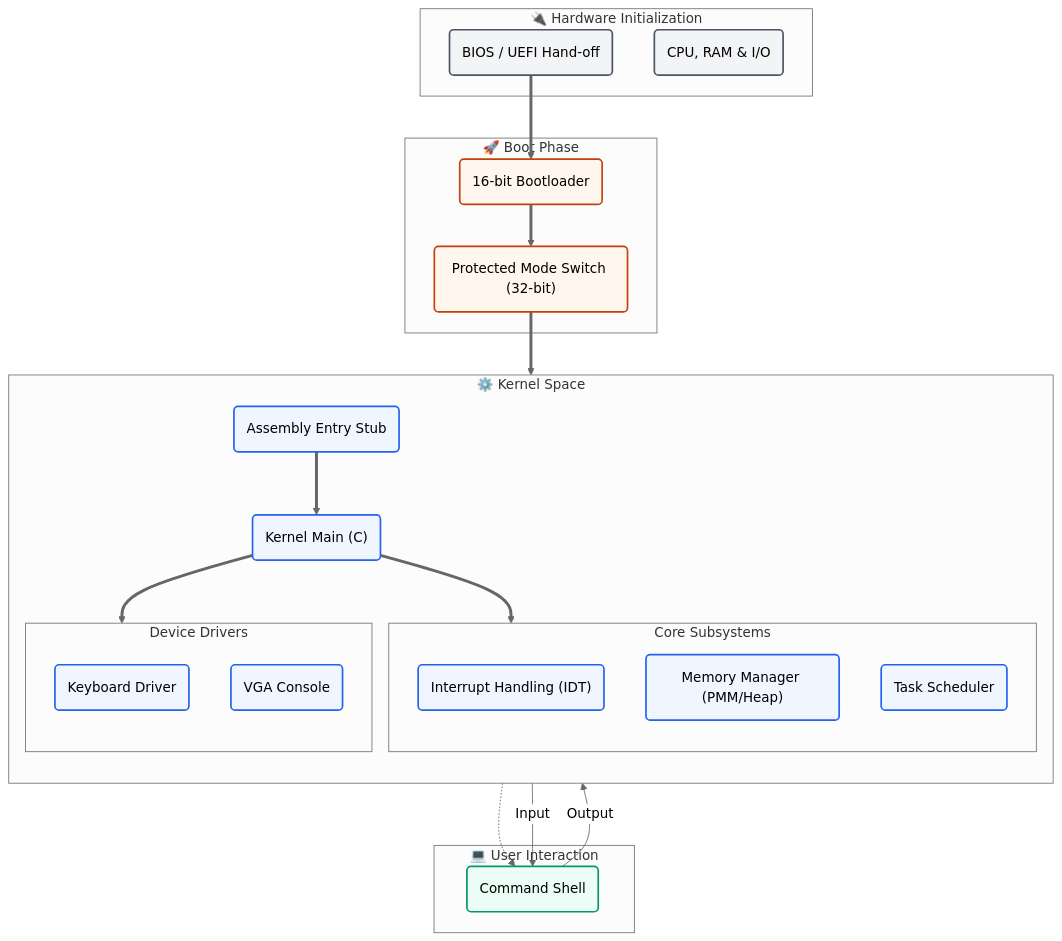
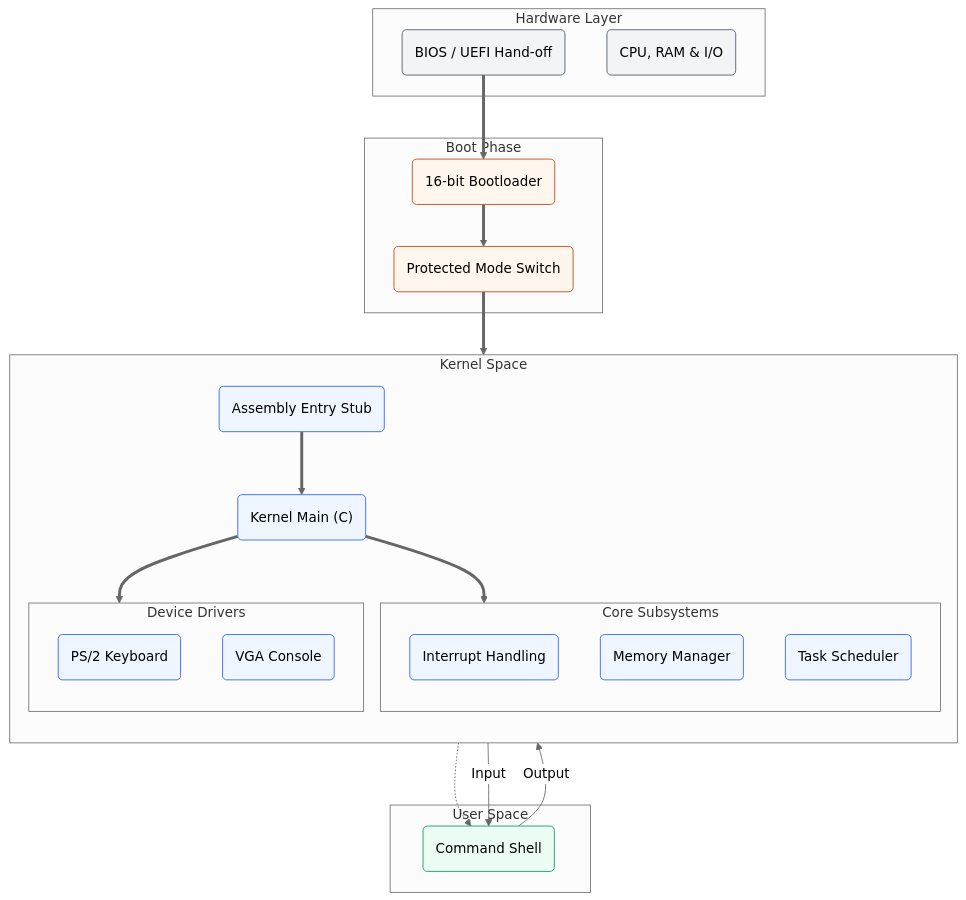
The first of 4 diagrams in docs/architecture.md (nigamanandajoshi/ParamOS-FromScratch), drawn with Mermaid (neutral theme) before and after one commit. The commit also changed other lines of this file, not shown here.

Commit message:
fixed diagrams4

````diff
--- a/docs/architecture.md
+++ b/docs/architecture.md
@@ -5,60 +9,58 @@
 ```mermaid
 graph TD
     %% Global Graph Settings
-    %% Use rounded nodes and explicit phases
-
-    subgraph Hardware ["🔌 Hardware Initialization"]
+    subgraph Hardware ["Hardware Layer"]
         BIOS("BIOS / UEFI Hand-off")
         HW_Resources("CPU, RAM & I/O")
     end
 
-    subgraph Boot ["🚀 Boot Phase"]
+    subgraph Boot ["Boot Phase"]
         Boot16("16-bit Bootloader")
-        ProtMode("Protected Mode Switch (32-bit)")
+        ProtMode("Protected Mode Switch")
     end
 
-    subgraph Kernel ["⚙️ Kernel Space"]
+    subgraph Kernel ["Kernel Space"]
         direction TB
         KEntry("Assembly Entry Stub")
         KMain("Kernel Main (C)")
         
         subgraph Subsystems ["Core Subsystems"]
-            IDT("Interrupt Handling (IDT)")
-            Memory("Memory Manager (PMM/Heap)")
+            IDT("Interrupt Handling")
+            Memory("Memory Manager")
             Sched("Task Scheduler")
         end
         
         subgraph DriverLayer ["Device Drivers"]
-            Keyboard("Keyboard Driver")
+            Keyboard("PS/2 Keyboard")
             Display("VGA Console")
         end
     end
 
-    subgraph User ["💻 User Interaction"]
+    subgraph User ["User Space"]
         Shell("Command Shell")
     end
 
     %% Main Execution Flow
     BIOS ==> Boot16
     Boot16 ==> ProtMode
     ProtMode ==> KEntry
     KEntry ==> KMain
     KMain ==> Subsystems
     KMain ==> DriverLayer
     
     %% Operational Logic
     Sched -.-> Shell
     Keyboard -- Input --> Shell
     Shell -- Output --> Display
 
-    %% Styling - Modern Pastel Palette with High Contrast Text
-    classDef hardware fill:#f3f4f6,stroke:#4b5563,stroke-width:2px,color:#000;
-    classDef boot fill:#fff7ed,stroke:#c2410c,stroke-width:2px,color:#000;
-    classDef kernel fill:#eff6ff,stroke:#2563eb,stroke-width:2px,color:#000;
-    classDef user fill:#ecfdf5,stroke:#059669,stroke-width:2px,color:#000;
+    %% Styling - Professional Palette (Slate, Blue, Green)
+    classDef hardware fill:#f3f4f6,stroke:#4b5563,stroke-width:1px,color:#000;
+    classDef boot fill:#fff7ed,stroke:#c2410c,stroke-width:1px,color:#000;
+    classDef kernel fill:#eff6ff,stroke:#2563eb,stroke-width:1px,color:#000;
+    classDef user fill:#ecfdf5,stroke:#059669,stroke-width:1px,color:#000;
 
     class BIOS,HW_Resources hardware;
     class Boot16,ProtMode boot;
     class KEntry,KMain,IDT,Memory,Sched,Keyboard,Display kernel;
     class Shell user;
 ```
````
